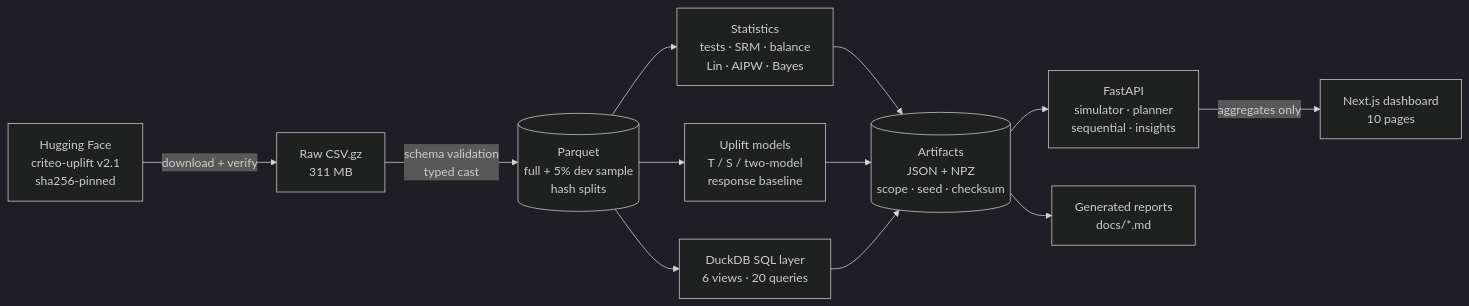
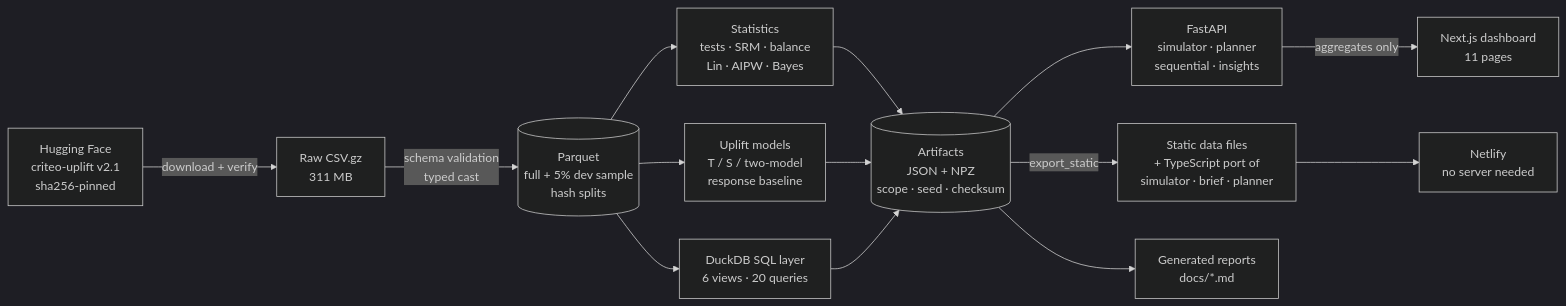
The diagram in README.md (karansalot/ExperimentOS), drawn with Mermaid (dark theme) before and after one commit. The commit also changed other lines of this file and 62 other files, not shown here.

First line of the commit message:
Hosted static build on Netlify, TypeScript calculators, usability pass

````diff
--- a/README.md
+++ b/README.md
@@ -69,14 +85,16 @@
 ```mermaid
 flowchart LR
     A[Hugging Face<br/>criteo-uplift v2.1<br/>sha256-pinned] -->|download + verify| B[Raw CSV.gz<br/>311 MB]
     B -->|schema validation<br/>typed cast| C[(Parquet<br/>full + 5% dev sample<br/>hash splits)]
     C --> D[DuckDB SQL layer<br/>6 views · 20 queries]
     C --> E[Statistics<br/>tests · SRM · balance<br/>Lin · AIPW · Bayes]
     C --> F[Uplift models<br/>T / S / two-model<br/>response baseline]
     E --> G[(Artifacts<br/>JSON + NPZ<br/>scope · seed · checksum)]
     F --> G
     D --> G
     G --> H[FastAPI<br/>simulator · planner<br/>sequential · insights]
-    H -->|aggregates only| I[Next.js dashboard<br/>10 pages]
+    H -->|aggregates only| I[Next.js dashboard<br/>11 pages]
+    G -->|export_static| K[Static data files<br/>+ TypeScript port of<br/>simulator · brief · planner]
+    K --> L[Netlify<br/>no server needed]
     G --> J[Generated reports<br/>docs/*.md]
 ```
````
